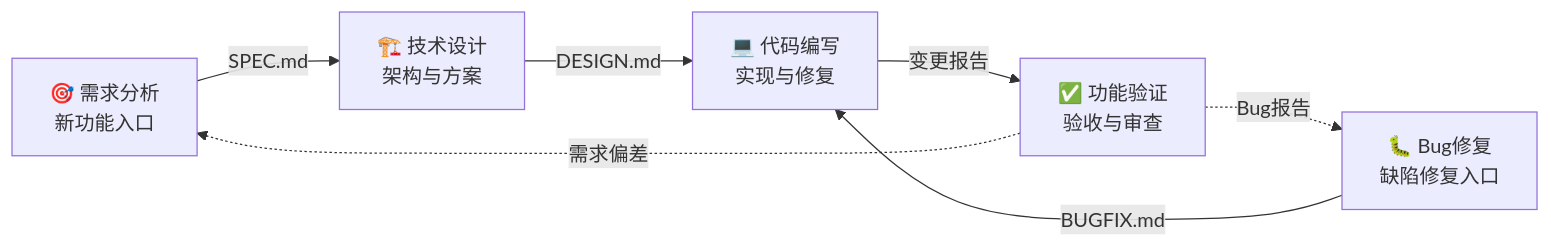
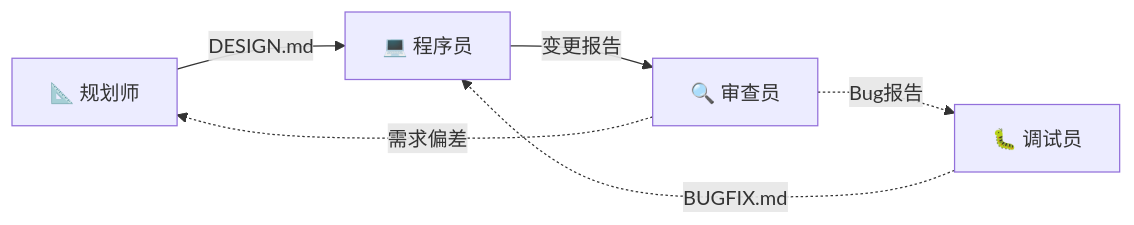
Before and after one commit to WITstudio86/vibe-coding-init: the diagram in README.md, drawn with Mermaid. The commit also changed other lines of this file and 1 other file, not shown here.

````diff
--- a/README.md
+++ b/README.md
@@ -35,9 +41,8 @@
 ```mermaid
 graph LR
-    A[🎯 需求分析<br/>新功能入口] -->|SPEC.md| C[🏗️ 技术设计<br/>架构与方案]
-    B[🐛 Bug修复<br/>缺陷修复入口] -->|BUGFIX.md| D[💻 代码编写<br/>实现与修复]
-    C -->|DESIGN.md| D
-    D -->|变更报告| E[✅ 功能验证<br/>验收与审查]
-    E -.->|Bug报告| B
-    E -.->|需求偏差| A
+    A[📐 规划师] -->|DESIGN.md| B[💻 程序员]
+    B -->|变更报告| C[🔍 审查员]
+    C -.->|Bug报告| D[🐛 调试员]
+    D -.->|BUGFIX.md| B
+    C -.->|需求偏差| A
 ```
````
